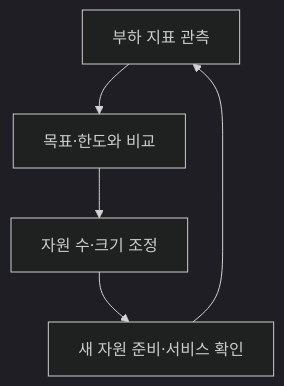
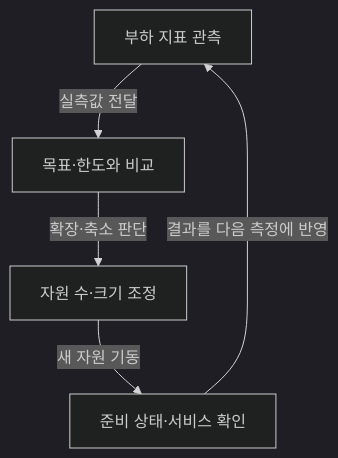
Before and after one commit to agnusdei1207/study: the second of 2 diagrams in src/content/docs/notes/itpe/04-computer-system/025_auto_scaling.md, drawn with Mermaid (dark theme). The commit also changed other lines of this file and 4 other files, not shown here.

````diff
--- a/src/content/docs/notes/itpe/04-computer-system/025_auto_scaling.md
+++ b/src/content/docs/notes/itpe/04-computer-system/025_auto_scaling.md
@@ -85,7 +94,7 @@
 ```mermaid
 flowchart TD
-    METRIC["부하 지표 관측"] --> COMPARE["목표·한도와 비교"]
-    COMPARE --> SCALE["자원 수·크기 조정"]
-    SCALE --> READY["새 자원 준비·서비스 확인"]
-    READY --> METRIC
+    METRIC["부하 지표 관측"] -->|"실측값 전달"| COMPARE["목표·한도와 비교"]
+    COMPARE -->|"확장·축소 판단"| SCALE["자원 수·크기 조정"]
+    SCALE -->|"새 자원 기동"| READY["준비 상태·서비스 확인"]
+    READY -->|"결과를 다음 측정에 반영"| METRIC
 ```
````
